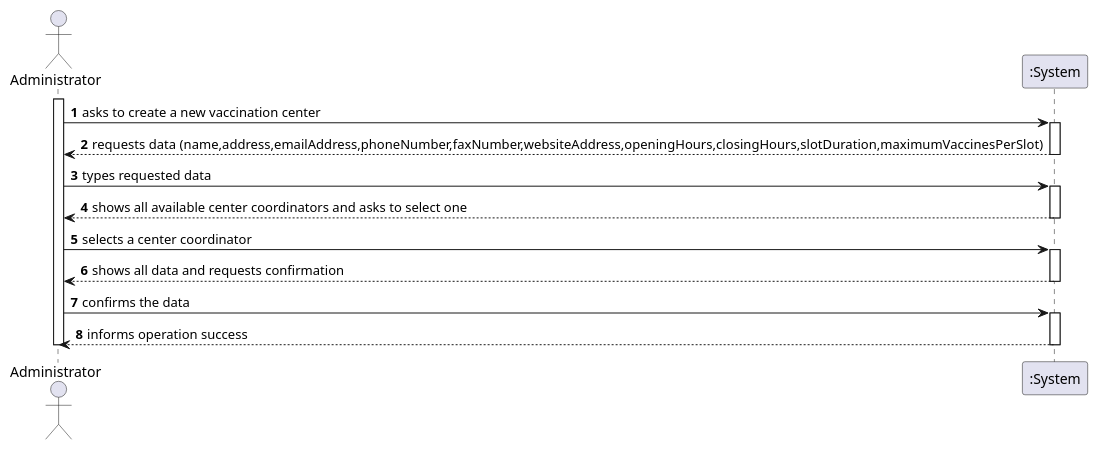
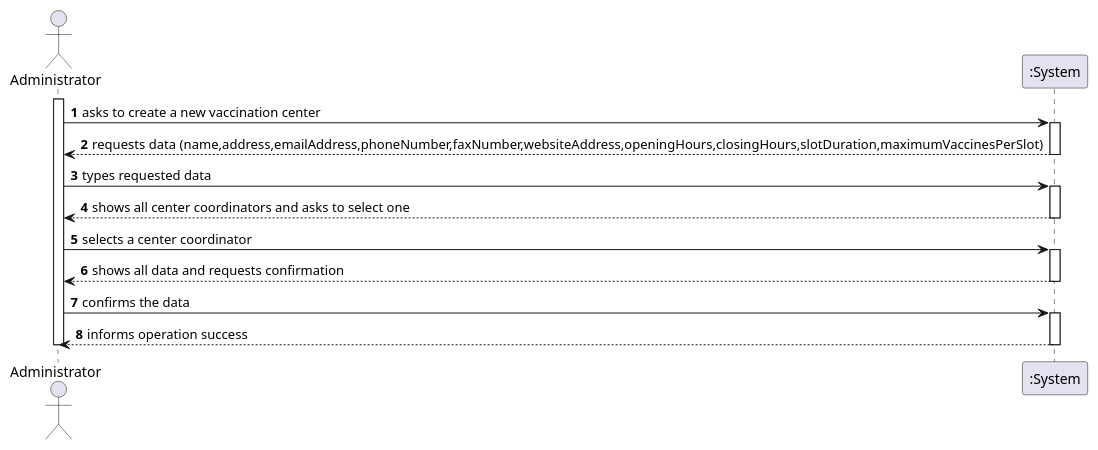
The diagram in docs/SprintB/US09/SSD/US09_SSD.puml (miseEnPlace-i/lapr2), drawn with PlantUML before and after one commit. The commit also changed 1 other file, not shown here.

```diff
--- a/docs/SprintB/US09/SSD/US09_SSD.puml
+++ b/docs/SprintB/US09/SSD/US09_SSD.puml
@@ -1,34 +1,34 @@
 @startuml US09_SSD
 
 autonumber
 actor "Administrator" as Administrator
 
 activate Administrator
 
 Administrator -> ":System" : asks to create a new vaccination center
 activate ":System"
 
 ":System" --> Administrator : requests data (name,address,emailAddress,phoneNumber,faxNumber,websiteAddress,openingHours,closingHours,slotDuration,maximumVaccinesPerSlot)
 deactivate ":System"
 
 Administrator -> ":System" : types requested data
 activate ":System"
 
-":System" --> Administrator : shows all available center coordinators and asks to select one
+":System" --> Administrator : shows all center coordinators and asks to select one
 deactivate ":System"
 
 Administrator -> ":System" : selects a center coordinator
 activate ":System"
 
 ":System" --> Administrator : shows all data and requests confirmation
 deactivate ":System"
 
 Administrator -> ":System" : confirms the data
 activate ":System"
 
 ":System" -->Administrator : informs operation success
 deactivate ":System"
 
 deactivate Administrator
 
 @enduml
```
